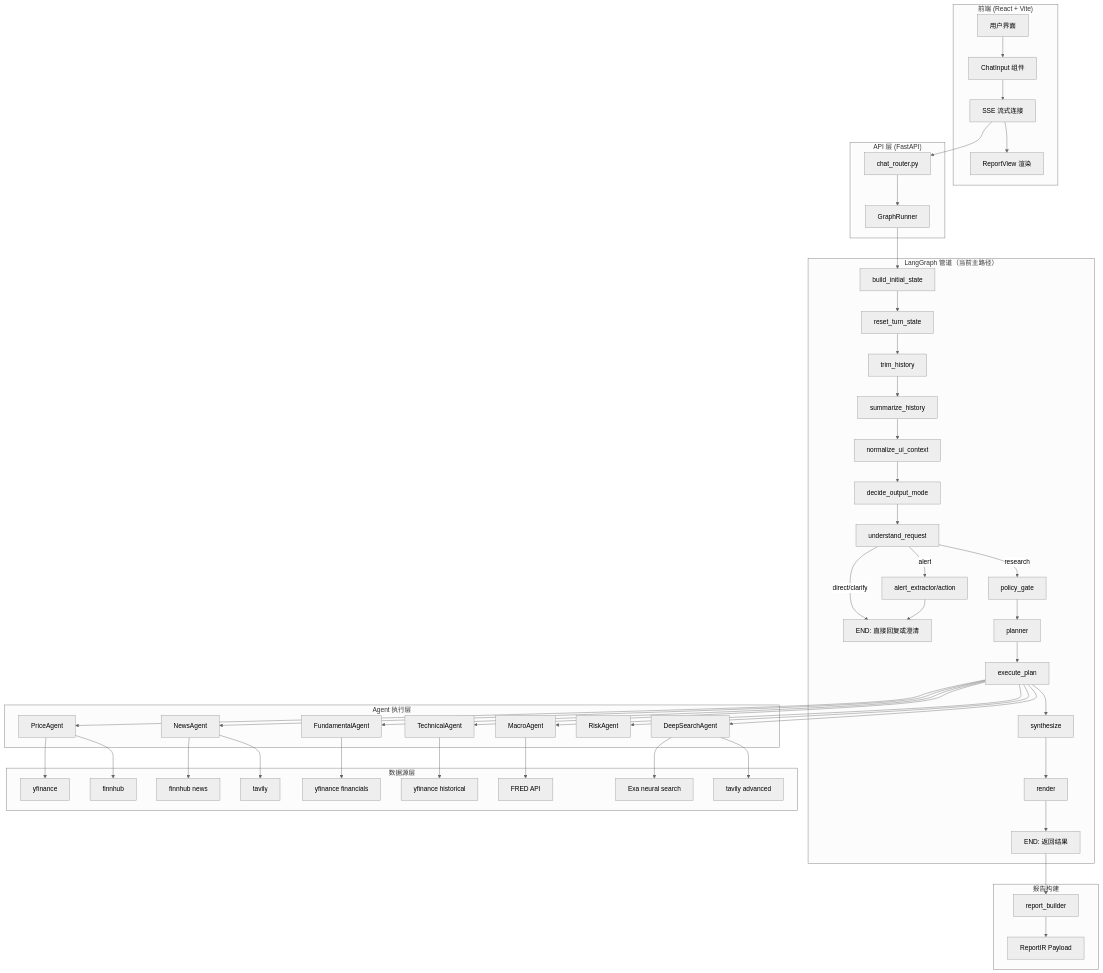
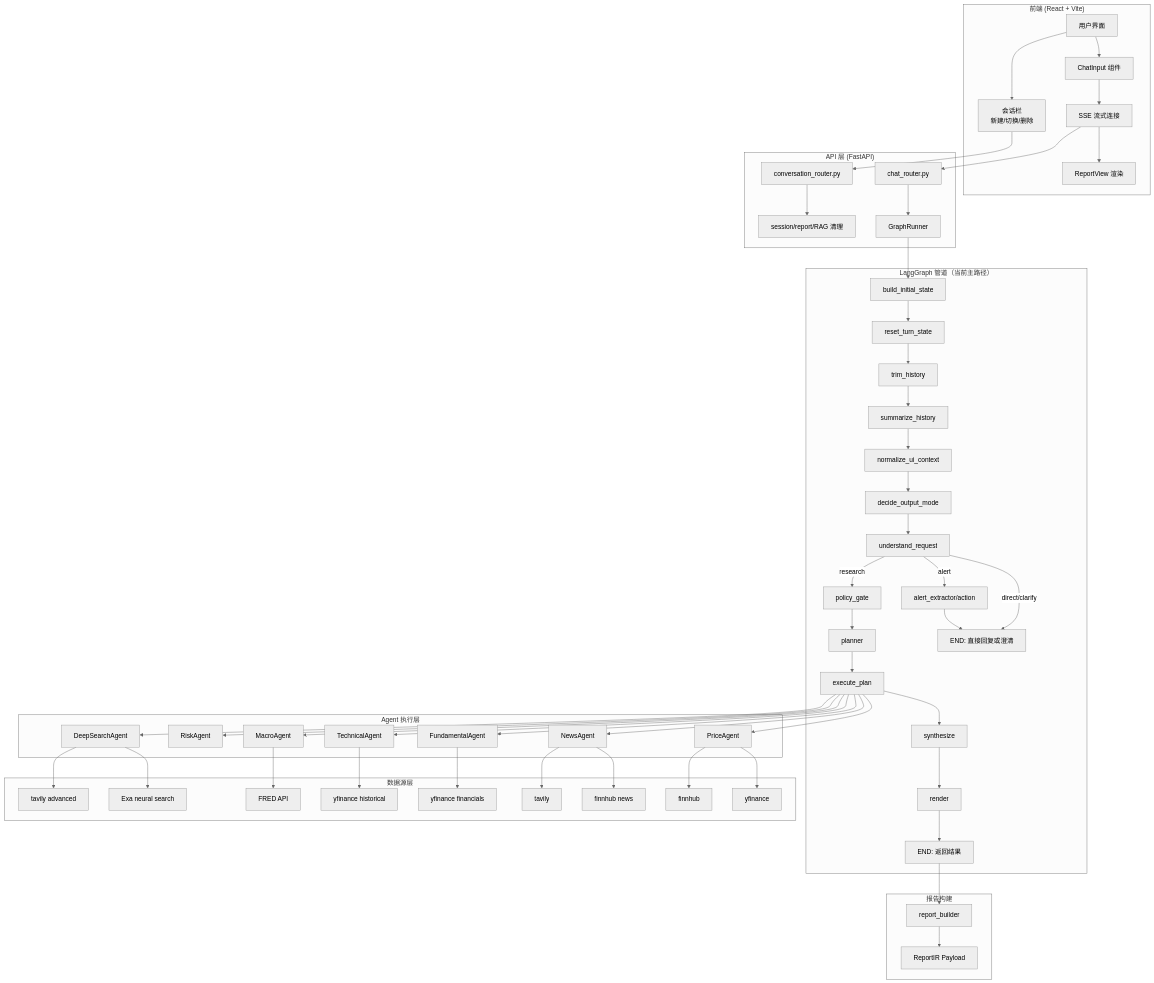
Before and after one commit to kkkano/FinSight: the first of 24 diagrams in docs/LANGGRAPH_PIPELINE_DEEP_DIVE.md, drawn with Mermaid (neutral theme). The commit also changed other lines of this file and 13 other files, not shown here.

````diff
--- a/docs/LANGGRAPH_PIPELINE_DEEP_DIVE.md
+++ b/docs/LANGGRAPH_PIPELINE_DEEP_DIVE.md
@@ -28,59 +28,62 @@
 ```mermaid
 graph TB
     subgraph "前端 (React + Vite)"
         UI[用户界面] --> ChatInput[ChatInput 组件]
+        UI --> ConversationRail[会话栏<br/>新建/切换/删除]
         ChatInput --> SSE[SSE 流式连接]
         SSE --> ReportView[ReportView 渲染]
     end
 
     subgraph "API 层 (FastAPI)"
         SSE --> ChatRouter[chat_router.py]
+        ConversationRail --> ConversationRouter[conversation_router.py]
         ChatRouter --> GraphRunner[GraphRunner]
+        ConversationRouter --> Cleanup[session/report/RAG 清理]
     end
 
     subgraph "LangGraph 管道（当前主路径）"
         GraphRunner --> N1[build_initial_state]
         N1 --> N2[reset_turn_state]
         N2 --> N3[trim_history]
         N3 --> N4[summarize_history]
         N4 --> N5[normalize_ui_context]
         N5 --> N6[decide_output_mode]
         N6 --> N7[understand_request]
         N7 -->|direct/clarify| END1[END: 直接回复或澄清]
         N7 -->|alert| ALERT[alert_extractor/action]
         ALERT --> END1
         N7 -->|research| N8[policy_gate]
         N8 --> N9[planner]
         N9 --> N10[execute_plan]
         N10 --> N11[synthesize]
         N11 --> N12[render]
         N12 --> END2[END: 返回结果]
     end
 
     subgraph "Agent 执行层"
         N10 --> PA[PriceAgent]
         N10 --> NA[NewsAgent]
         N10 --> FA[FundamentalAgent]
         N10 --> TA[TechnicalAgent]
         N10 --> MA[MacroAgent]
         N10 --> RA[RiskAgent]
         N10 --> DA[DeepSearchAgent]
     end
 
     subgraph "数据源层"
         PA --> YF[yfinance]
         PA --> FH[finnhub]
         NA --> FH2[finnhub news]
         NA --> TV[tavily]
         FA --> YF2[yfinance financials]
         TA --> YF3[yfinance historical]
         MA --> FRED[FRED API]
         DA --> EXA[Exa neural search]
         DA --> TV2[tavily advanced]
     end
 
     subgraph "报告构建"
         END2 --> RB[report_builder]
         RB --> Payload[ReportIR Payload]
     end
 ```
````
